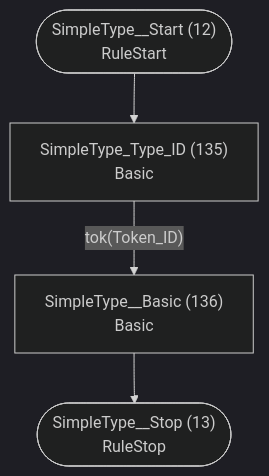
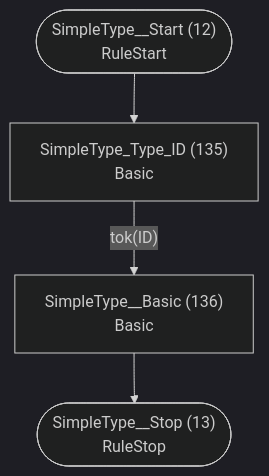
Before and after one commit to TypeFox/fastbelt: the seventh of 37 diagrams in internal/grammar/atn.md, drawn with Mermaid (dark theme). The commit also changed other lines of this file and 3 other files, not shown here.

````diff
--- a/internal/grammar/atn.md
+++ b/internal/grammar/atn.md
@@ -200,11 +200,11 @@
 ```mermaid
 flowchart TD
     q12(["SimpleType__Start (12)<br/>RuleStart"])
     q13(["SimpleType__Stop (13)<br/>RuleStop"])
     q135["SimpleType_Type_ID (135)<br/>Basic<br/>"]
     q136["SimpleType__Basic (136)<br/>Basic<br/>"]
 
     q12 --> q135
-    q135 -->|"tok(Token_ID)"| q136
+    q135 -->|"tok(ID)"| q136
     q136 --> q13
 ```
````
